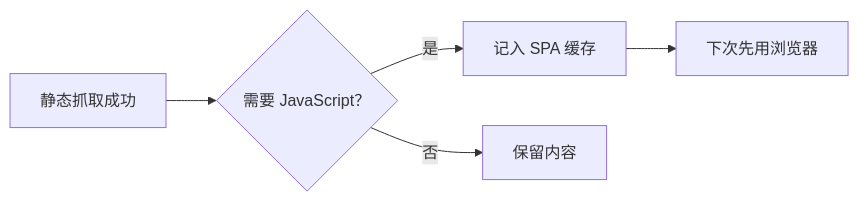
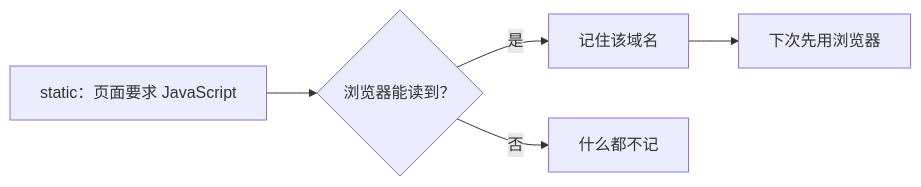
Before and after one commit to Ynewtime/markitai: the second of 2 diagrams in website/zh/guide/fetch-policy.md, drawn with Mermaid. The commit also changed other lines of this file and 38 other files, not shown here.

````diff
--- a/website/zh/guide/fetch-policy.md
+++ b/website/zh/guide/fetch-policy.md
@@ -150,6 +148,6 @@
 ```mermaid
 flowchart LR
-  S[静态抓取成功] --> J{"需要 JavaScript？"}
-  J -->|是| C[记入 SPA 缓存] --> B[下次先用浏览器]
-  J -->|否| K[保留内容]
+  S[static：页面要求 JavaScript] --> B{"浏览器能读到？"}
+  B -->|是| C[记住该域名] --> N[下次先用浏览器]
+  B -->|否| K[什么都不记]
 ```
````
